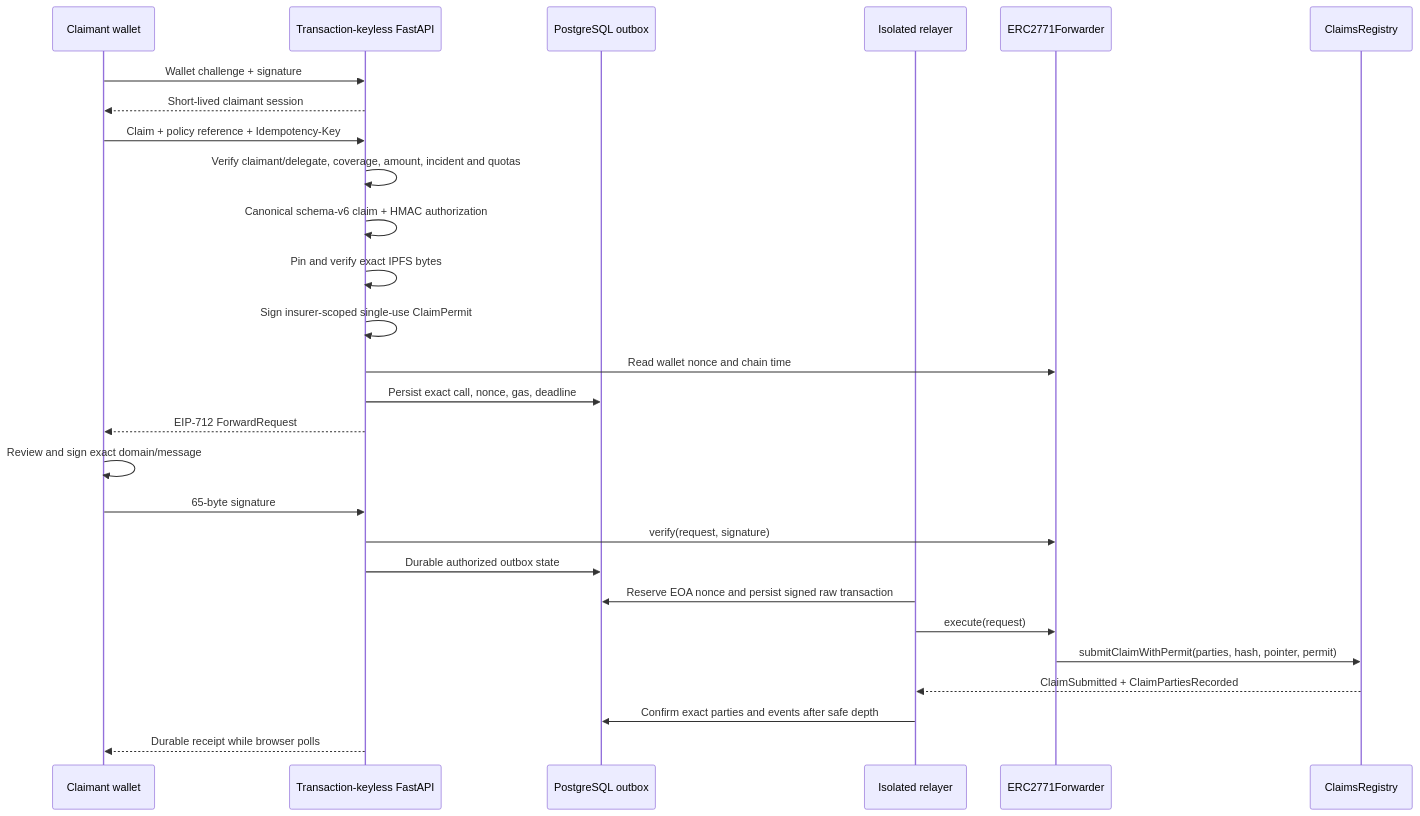
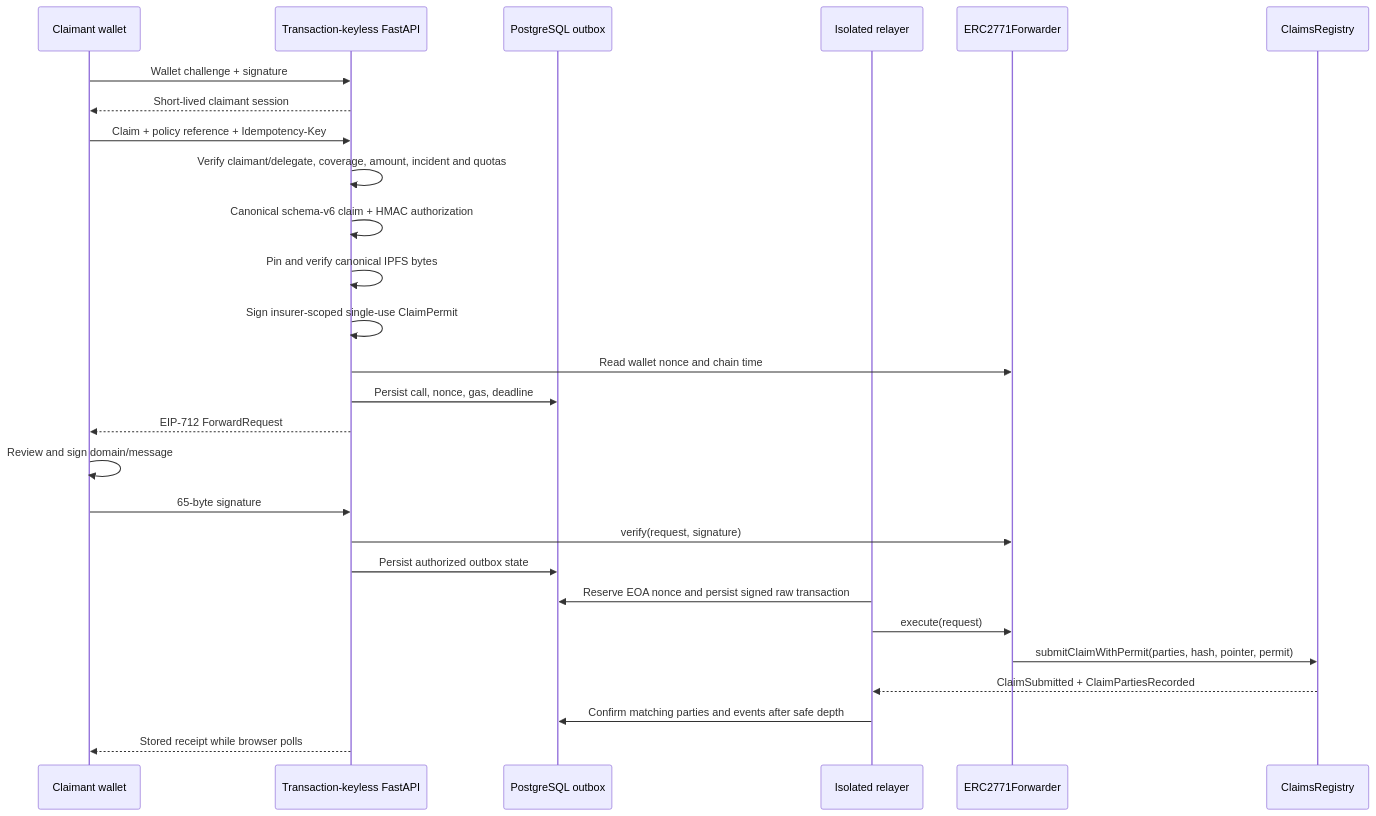
Before and after one commit to ganesh1997oli/Decentralized-Claims-Registry: the second of 3 diagrams in apps/relayer/README.md, drawn with Mermaid. The commit also changed other lines of this file and 80 other files, not shown here.

````diff
--- a/apps/relayer/README.md
+++ b/apps/relayer/README.md
@@ -152,30 +152,30 @@
 ```mermaid
 sequenceDiagram
     participant W as Claimant wallet
     participant A as Transaction-keyless FastAPI
     participant P as PostgreSQL outbox
     participant R as Isolated relayer
     participant F as ERC2771Forwarder
     participant C as ClaimsRegistry
 
     W->>A: Wallet challenge + signature
     A-->>W: Short-lived claimant session
     W->>A: Claim + policy reference + Idempotency-Key
     A->>A: Verify claimant/delegate, coverage, amount, incident and quotas
     A->>A: Canonical schema-v6 claim + HMAC authorization
-    A->>A: Pin and verify exact IPFS bytes
+    A->>A: Pin and verify canonical IPFS bytes
     A->>A: Sign insurer-scoped single-use ClaimPermit
     A->>F: Read wallet nonce and chain time
-    A->>P: Persist exact call, nonce, gas, deadline
+    A->>P: Persist call, nonce, gas, deadline
     A-->>W: EIP-712 ForwardRequest
-    W->>W: Review and sign exact domain/message
+    W->>W: Review and sign domain/message
     W->>A: 65-byte signature
     A->>F: verify(request, signature)
-    A->>P: Durable authorized outbox state
+    A->>P: Persist authorized outbox state
     R->>P: Reserve EOA nonce and persist signed raw transaction
     R->>F: execute(request)
     F->>C: submitClaimWithPermit(parties, hash, pointer, permit)
     C-->>R: ClaimSubmitted + ClaimPartiesRecorded
-    R->>P: Confirm exact parties and events after safe depth
-    A-->>W: Durable receipt while browser polls
+    R->>P: Confirm matching parties and events after safe depth
+    A-->>W: Stored receipt while browser polls
 ```
````
